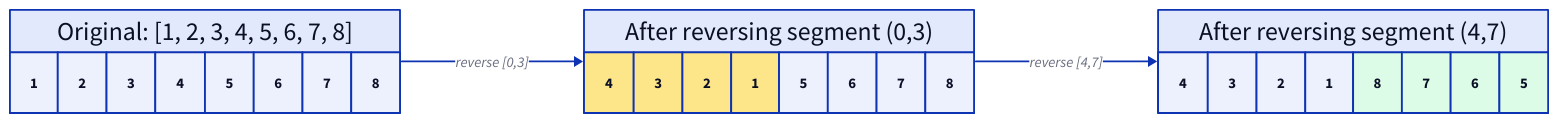
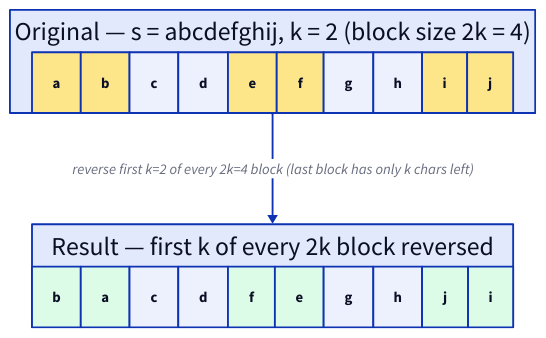
Diagram 12 of 15 in content/cortex/data-structures-and-algorithms/02-linear-structures/01-arrays/03-pattern-two-pointers.md (ani2fun/codefolio), drawn with D2 before and after one commit. The commit also changed other lines of this file, not shown here.

First line of the commit message:
dsa: swap two-pointers "Reverse Segments" lesson to the 2k-group reversal problem

````diff
--- a/content/cortex/data-structures-and-algorithms/02-linear-structures/01-arrays/03-pattern-two-pointers.md
+++ b/content/cortex/data-structures-and-algorithms/02-linear-structures/01-arrays/03-pattern-two-pointers.md
@@ -2134,51 +2151,47 @@
 ```d2
-direction: right
+direction: down
 
-ORIG: "Original:  [1, 2, 3, 4, 5, 6, 7, 8]" {
-  grid-columns: 8
+ORIG: "Original — s = abcdefghij, k = 2  (block size 2k = 4)" {
+  grid-columns: 10
   grid-gap: 0
-  a: "1"
-  b: "2"
-  c: "3"
-  d: "4"
-  e: "5"
-  f: "6"
-  g: "7"
-  h: "8"
+  a: "a"
+  b: "b"
+  c: "c"
+  d: "d"
+  e: "e"
+  f: "f"
+  g: "g"
+  h: "h"
+  i: "i"
+  j: "j"
 }
-SEG0: "After reversing segment (0,3)" {
-  grid-columns: 8
+ORIG.a.style.fill: "#fde68a"
+ORIG.b.style.fill: "#fde68a"
+ORIG.e.style.fill: "#fde68a"
+ORIG.f.style.fill: "#fde68a"
+ORIG.i.style.fill: "#fde68a"
+ORIG.j.style.fill: "#fde68a"
+
+RESULT: "Result — first k of every 2k block reversed" {
+  grid-columns: 10
   grid-gap: 0
-  a: "4"
-  b: "3"
-  c: "2"
-  d: "1"
-  e: "5"
-  f: "6"
-  g: "7"
-  h: "8"
+  a: "b"
+  b: "a"
+  c: "c"
+  d: "d"
+  e: "f"
+  f: "e"
+  g: "g"
+  h: "h"
+  i: "j"
+  j: "i"
 }
-SEG0.a.style.fill: "#fde68a"
-SEG0.b.style.fill: "#fde68a"
-SEG0.c.style.fill: "#fde68a"
-SEG0.d.style.fill: "#fde68a"
-SEG1: "After reversing segment (4,7)" {
-  grid-columns: 8
-  grid-gap: 0
-  a: "4"
-  b: "3"
-  c: "2"
-  d: "1"
-  e: "8"
-  f: "7"
-  g: "6"
-  h: "5"
-}
-SEG1.e.style.fill: "#dcfce7"
-SEG1.f.style.fill: "#dcfce7"
-SEG1.g.style.fill: "#dcfce7"
-SEG1.h.style.fill: "#dcfce7"
+RESULT.a.style.fill: "#dcfce7"
+RESULT.b.style.fill: "#dcfce7"
+RESULT.e.style.fill: "#dcfce7"
+RESULT.f.style.fill: "#dcfce7"
+RESULT.i.style.fill: "#dcfce7"
+RESULT.j.style.fill: "#dcfce7"
 
-ORIG -> SEG0: "reverse [0,3]"
-SEG0 -> SEG1: "reverse [4,7]"
+ORIG -> RESULT: "reverse first k=2 of every 2k=4 block (last block has only k chars left)"
 ```
````
